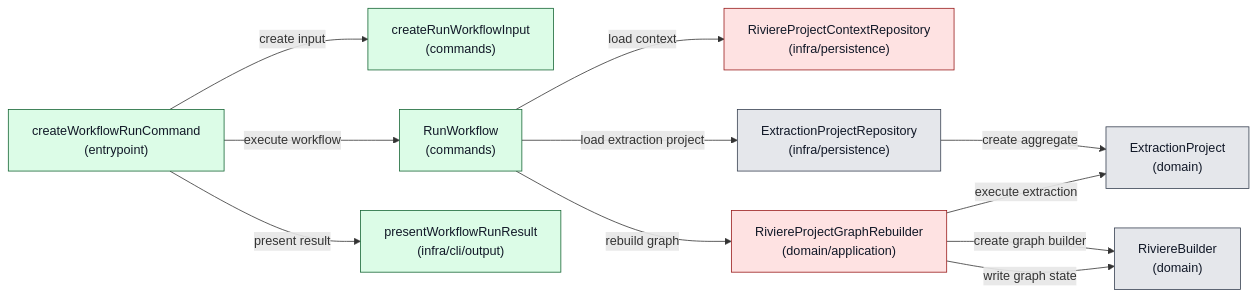
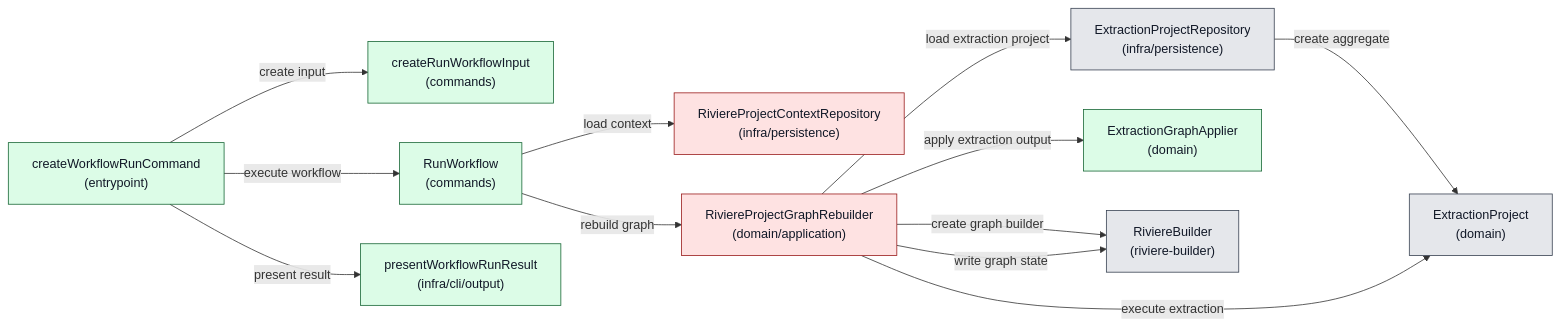
The fourth of 5 diagrams in docs/project/PRD/riviere-extraction-workflows-v1/ARCH.md (NTCoding/living-architecture), drawn with Mermaid before and after one commit. The commit also changed other lines of this file, not shown here.

Commit message:
docs: model workflow extraction stages

````diff
--- a/docs/project/PRD/riviere-extraction-workflows-v1/ARCH.md
+++ b/docs/project/PRD/riviere-extraction-workflows-v1/ARCH.md
@@ -331,37 +549,40 @@
 ```mermaid
 flowchart LR
   entrypoint["createWorkflowRunCommand<br/>(entrypoint)"]
   inputFactory["createRunWorkflowInput<br/>(commands)"]
   useCase["RunWorkflow<br/>(commands)"]
   contextRepository["RiviereProjectContextRepository<br/>(infra/persistence)"]
   extractionRepository["ExtractionProjectRepository<br/>(infra/persistence)"]
   rebuilder["RiviereProjectGraphRebuilder<br/>(domain/application)"]
   extractionProject["ExtractionProject<br/>(domain)"]
-  builder["RiviereBuilder<br/>(domain)"]
+  graphApplier["ExtractionGraphApplier<br/>(domain)"]
+  builder["RiviereBuilder<br/>(riviere-builder)"]
   formatter["presentWorkflowRunResult<br/>(infra/cli/output)"]
 
   entrypoint -->|create input| inputFactory
   entrypoint -->|execute workflow| useCase
   useCase -->|load context| contextRepository
-  useCase -->|load extraction project| extractionRepository
+  useCase -->|rebuild graph| rebuilder
+  rebuilder -->|load extraction project| extractionRepository
   extractionRepository -->|create aggregate| extractionProject
-  useCase -->|rebuild graph| rebuilder
   rebuilder -->|execute extraction| extractionProject
   rebuilder -->|create graph builder| builder
+  rebuilder -->|apply extraction output| graphApplier
   rebuilder -->|write graph state| builder
   entrypoint -->|present result| formatter
 
   classDef statusExisting fill:#e5e7eb,stroke:#374151,color:#111827
   classDef statusChanged fill:#fef3c7,stroke:#92400e,color:#111827
   classDef statusNew fill:#dcfce7,stroke:#166534,color:#111827
   classDef statusOpen fill:#fee2e2,stroke:#991b1b,color:#111827
   class entrypoint statusNew
   class inputFactory statusNew
   class useCase statusNew
   class contextRepository statusOpen
   class extractionRepository statusExisting
   class rebuilder statusOpen
   class extractionProject statusExisting
+  class graphApplier statusNew
   class builder statusExisting
   class formatter statusNew
 ```
````
